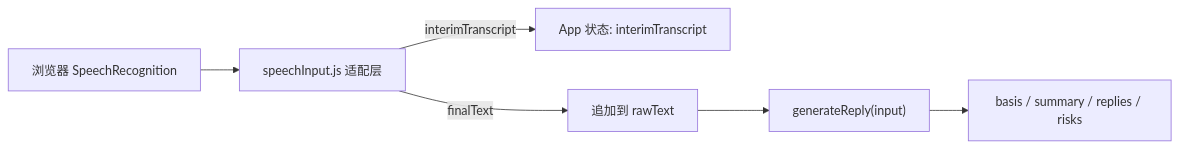
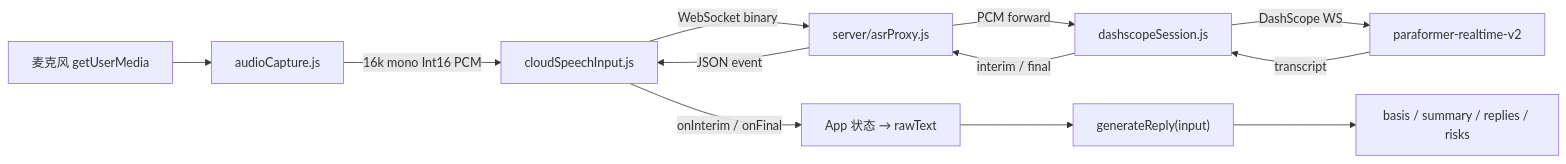
One commit to TWTYS1/VA--orange changed the second of 2 diagrams in ARCHITECTURE.md. Above: the diagram before and after it, drawn with Mermaid. The commit also changed other lines of this file and 13 other files, not shown here.

First line of the commit message:
feat: route speech input through DashScope ASR proxy

````diff
--- a/ARCHITECTURE.md
+++ b/ARCHITECTURE.md
@@ -125,8 +133,14 @@
 ```mermaid
 flowchart LR
-  A["浏览器 SpeechRecognition"] --> B["speechInput.js 适配层"]
-  B -->|interimTranscript| C["App 状态: interimTranscript"]
-  B -->|finalText| D["追加到 rawText"]
-  D --> E["generateReply(input)"]
-  E --> F["basis / summary / replies / risks"]
+  A["麦克风 getUserMedia"] --> B["audioCapture.js"]
+  B -->|16k mono Int16 PCM| C["cloudSpeechInput.js"]
+  C -->|WebSocket binary| D["server/asrProxy.js"]
+  D -->|PCM forward| E["dashscopeSession.js"]
+  E -->|DashScope WS| F["paraformer-realtime-v2"]
+  F -->|transcript| E
+  E -->|interim / final| D
+  D -->|JSON event| C
+  C -->|onInterim / onFinal| G["App 状态 → rawText"]
+  G --> H["generateReply(input)"]
+  H --> I["basis / summary / replies / risks"]
 ```
````
